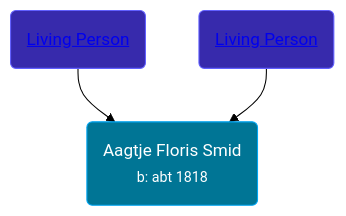
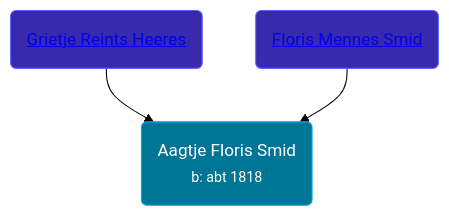
One commit to wpmgotkh/wpmgotkh.github.io changed the diagram in pages/people/7/7377611.md. Above: the diagram before and after it, drawn with Mermaid (forest theme). The commit also changed other lines of this file and 586 other files, not shown here.

Commit message:
feat: better shouldConsiderPersonLiving algo

````diff
--- a/pages/people/7/7377611.md
+++ b/pages/people/7/7377611.md
@@ -10,9 +10,9 @@
 ```mermaid
 graph
 classDef grands fill:#193cb8,stroke:#2b7fff,stroke-width:1px,color:#fff;
 classDef parents fill:#372aac,stroke:#615fff,stroke-width:1px,color:#fff;
 classDef primary fill:#007595,stroke:#00a6f4,stroke-width:1px,color:#fff;
 7377611(Aagtje Floris Smid<br /><small>b: abt 1818</small>):::primary
-87985942(<a class="text-white" href="/people/8/87985942">Living Person</a>):::parents-->7377611
-45597600(<a class="text-white" href="/people/4/45597600">Living Person</a>):::parents-->7377611
+87985942(<a class="text-white" href="/people/8/87985942">Grietje Reints Heeres</a>):::parents-->7377611
+45597600(<a class="text-white" href="/people/4/45597600">Floris Mennes Smid</a>):::parents-->7377611
 ```
````
